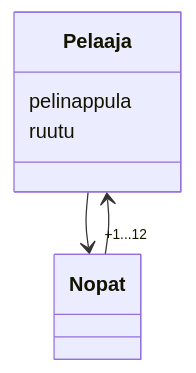
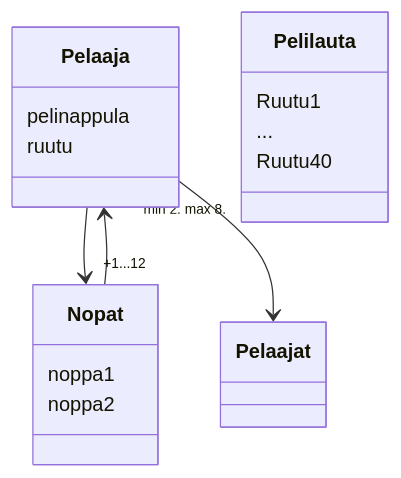
The diagram in laskarit/viikko3/monopoli.md (alumppio/ot-harjoitustyo), drawn with Mermaid before and after one commit.

Commit message:
monopoli.md

````diff
--- a/laskarit/viikko3/monopoli.md
+++ b/laskarit/viikko3/monopoli.md
@@ -3,14 +3,26 @@
 ```mermaid 
 
   classDiagram
       Pelaaja --> Nopat
       Nopat "+1...12" --> Pelaaja
+      Pelaaja "min 2. max 8." --> Pelaajat
 
+    class Pelilauta{
+        Ruutu1
+        ...
+        Ruutu40
+
+    }
+
+    class Nopat{
+        noppa1
+        noppa2
+    }
 
 
       class Pelaaja{
           pelinappula
           ruutu
       }    
 
 ```
````
